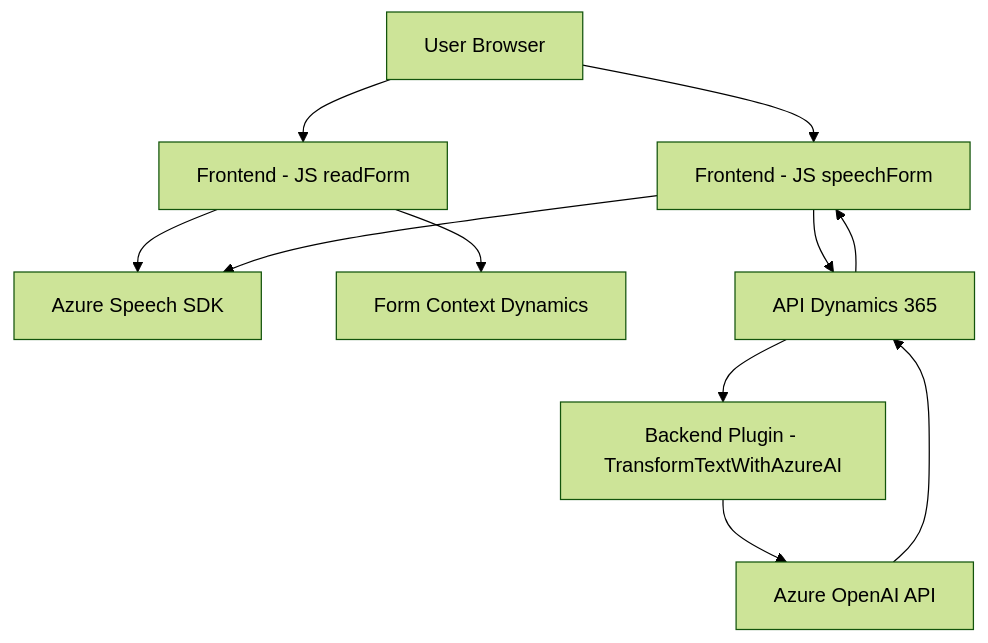
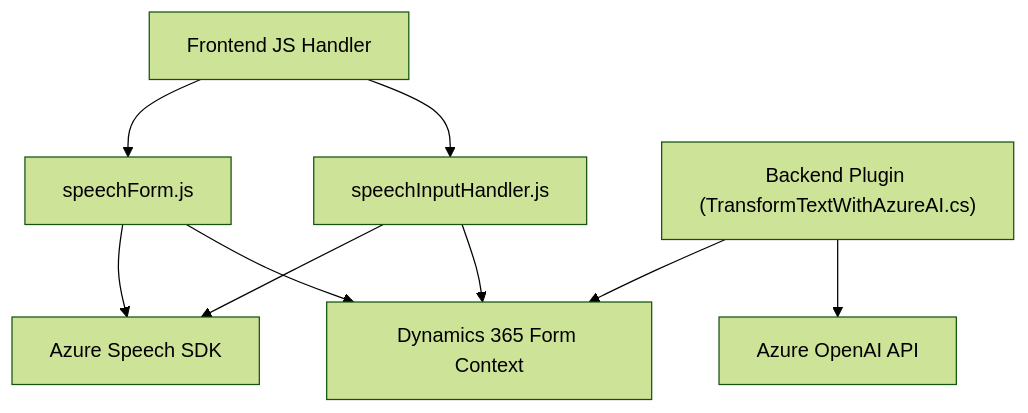
One commit to blopezdm/NETCORE_BILBAO2025 changed the diagram in README.md. Above: the diagram before and after it, drawn with Mermaid (forest theme). The commit also changed other lines of this file, not shown here.

````diff
--- a/README.md
+++ b/README.md
@@ -44,22 +40,19 @@
 ```mermaid
 graph TD
-    A["Azure Speech SDK"]
-    B["Form Context Dynamics"]
-    C["Frontend - JS readForm"]
-    D["Frontend - JS speechForm"]
-    E["Backend Plugin - TransformTextWithAzureAI"]
-    F["API Dynamics 365"]
+    A["Frontend JS Handler"]
+    B["speechInputHandler.js"]
+    C["speechForm.js"]
+    D["Azure Speech SDK"]
+    E["Dynamics 365 Form Context"]
+    F["Backend Plugin (TransformTextWithAzureAI.cs)"]
     G["Azure OpenAI API"]
-    H["User Browser"]
 
-    H --> C
-    H --> D
-    C --> A
-    C --> B
-    D --> A
-    D --> F
-    F --> D
+    A --> B
+    A --> C
+    B --> E
+    C --> E
+    B --> D
+    C --> D
+    F --> G
     F --> E
-    E --> G
-    G --> F
 ```
````
